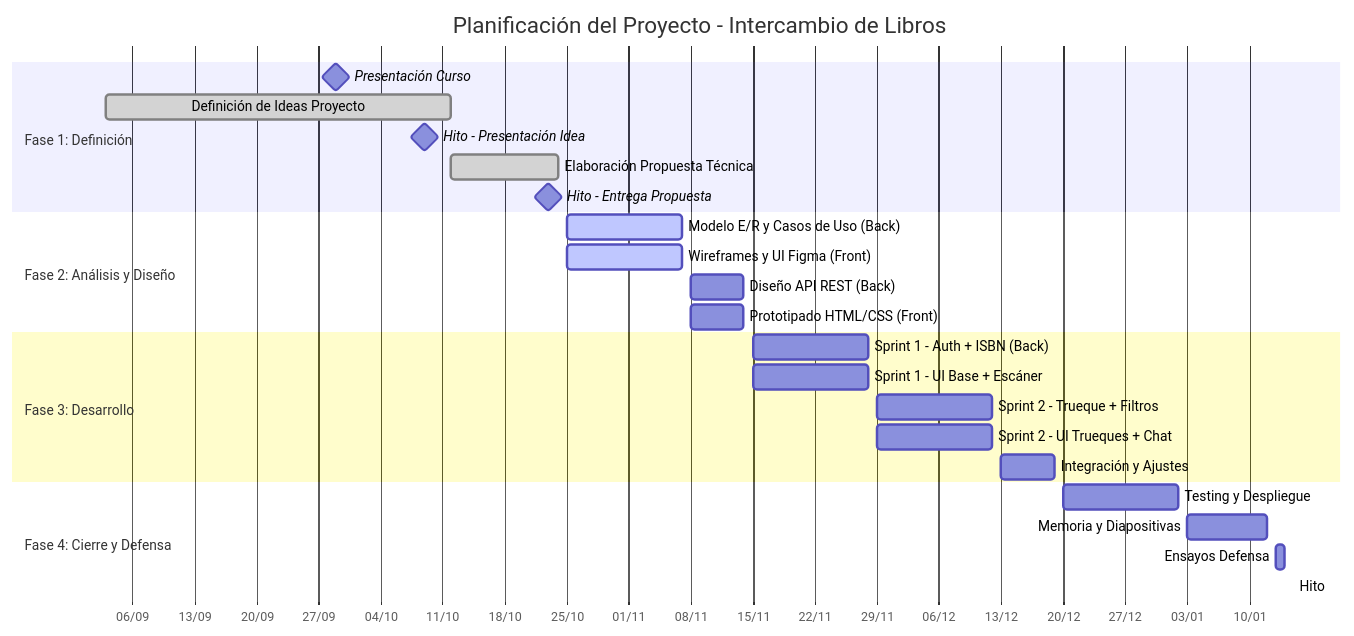
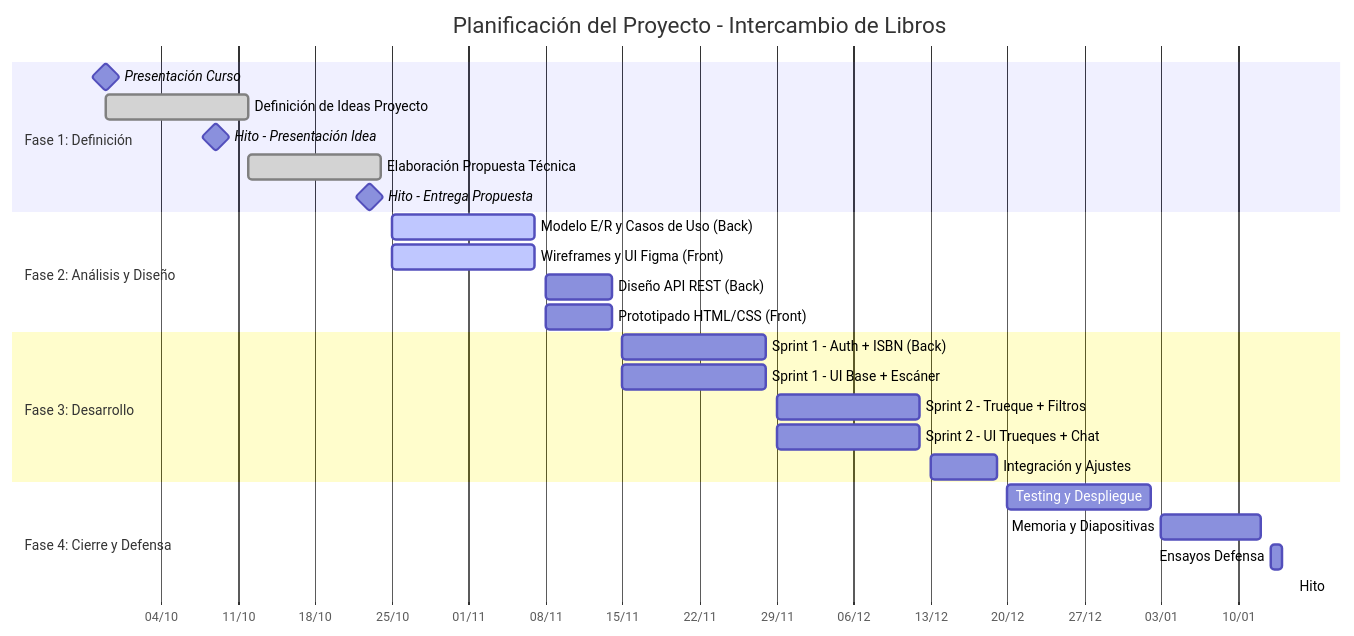
Before and after one commit to librolibre/librolibre: the diagram in README.md, drawn with Mermaid.

````diff
--- a/README.md
+++ b/README.md
@@ -13,32 +13,32 @@
 ```mermaid
 gantt
     title Planificación del Proyecto - Intercambio de Libros
     dateFormat  YYYY-MM-DD
     axisFormat %d/%m
     
     section Fase 1: Definición
     Presentación Curso              :milestone, 2026-09-29, 0d
-    Definición de Ideas Proyecto    :done, 2026-09-03, 2026-10-12
+    Definición de Ideas Proyecto    :done, 2026-09-29, 2026-10-12
     Hito - Presentación Idea        :milestone, 2026-10-09, 0d
     Elaboración Propuesta Técnica   :done, 2026-10-12, 2026-10-24
     Hito - Entrega Propuesta        :milestone, 2026-10-23, 0d
 
     section Fase 2: Análisis y Diseño
     Modelo E/R y Casos de Uso (Back) :active, 2026-10-25, 2026-11-07
     Wireframes y UI Figma (Front)   :active, 2026-10-25, 2026-11-07
     Diseño API REST (Back)          :2026-11-08, 2026-11-14
     Prototipado HTML/CSS (Front)    :2026-11-08, 2026-11-14
 
     section Fase 3: Desarrollo
     Sprint 1 - Auth + ISBN (Back)   :2026-11-15, 2026-11-28
     Sprint 1 - UI Base + Escáner    :2026-11-15, 2026-11-28
     Sprint 2 - Trueque + Filtros    :2026-11-29, 2026-12-12
     Sprint 2 - UI Trueques + Chat   :2026-11-29, 2026-12-12
     Integración y Ajustes           :2026-12-13, 2026-12-19
 
     section Fase 4: Cierre y Defensa
     Testing y Despliegue           :2026-12-20, 2027-01-02
     Memoria y Diapositivas         :2027-01-03, 2027-01-12
     Ensayos Defensa                :2027-01-13, 2027-01-14
     Hito: Defensa Oral             :milestone, 2027-01-15, 0d
 ```
````
